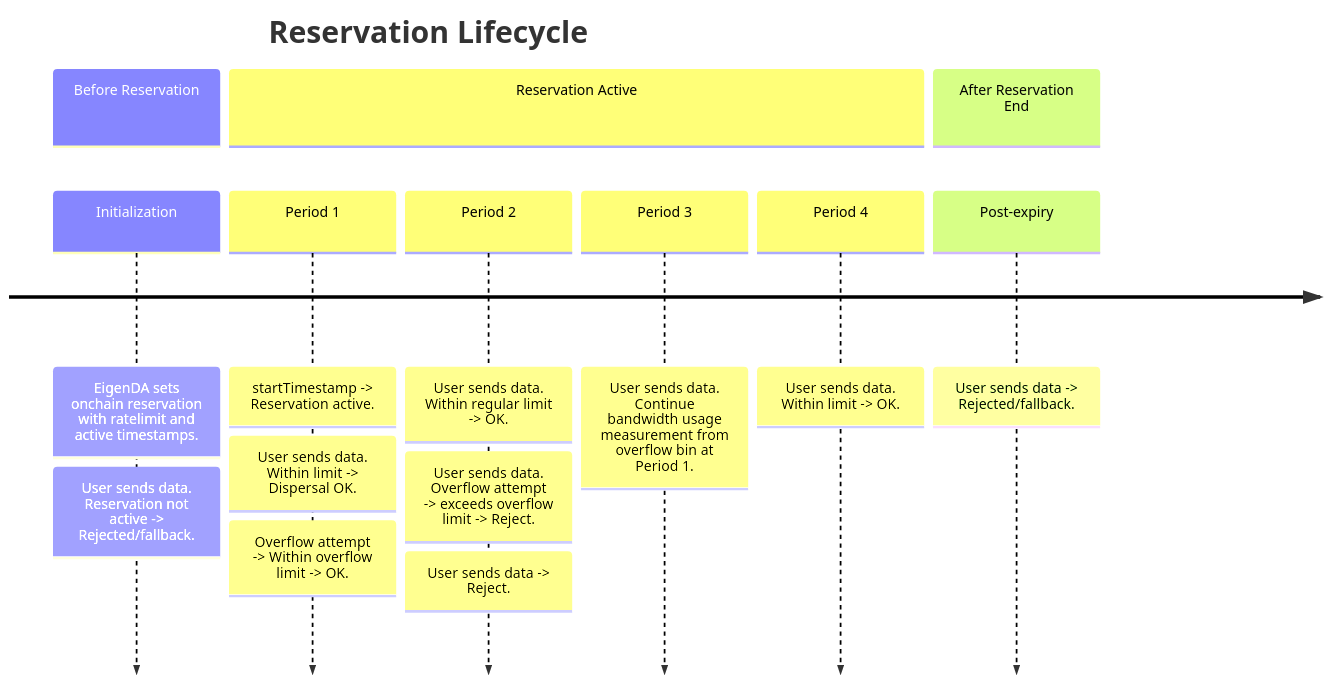
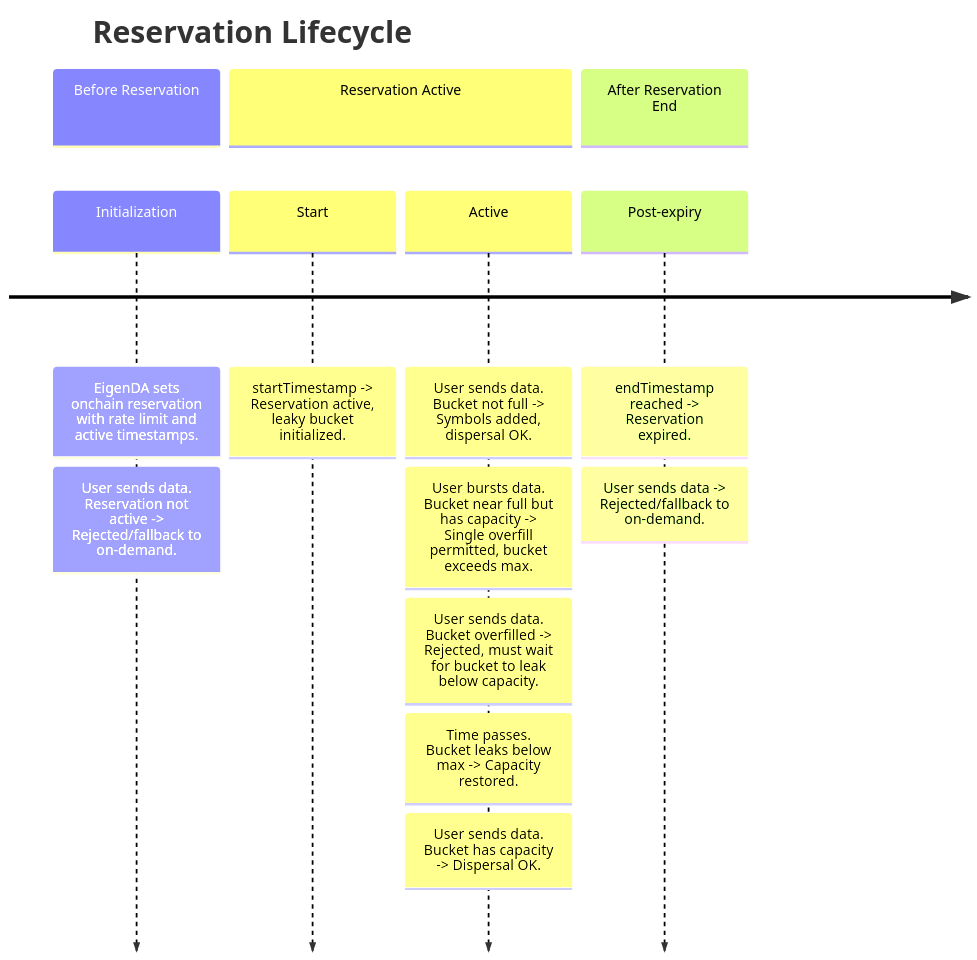
One commit to Layr-Labs/eigencloud-docs changed the first of 2 diagrams in docs/products/eigenda/core-concepts/payments.md. Above: the diagram before and after it, drawn with Mermaid. The commit also changed other lines of this file, not shown here.

````diff
--- a/docs/products/eigenda/core-concepts/payments.md
+++ b/docs/products/eigenda/core-concepts/payments.md
@@ -164,19 +211,17 @@
 ```mermaid
 timeline
 title Reservation Lifecycle
 section Before Reservation
-Initialization: EigenDA sets onchain reservation with ratelimit and active timestamps.
-: User sends data. Reservation not active -> Rejected/fallback.
+Initialization: EigenDA sets onchain reservation with rate limit and active timestamps.
+: User sends data. Reservation not active -> Rejected/fallback to on-demand.
 section Reservation Active
-Period 1    : startTimestamp -> Reservation active.
-                        : User sends data. Within limit -> Dispersal OK.
-                        : Overflow attempt -> Within overflow limit -> OK.
-Period 2    : User sends data. Within regular limit -> OK.
-            : User sends data. Overflow attempt -> exceeds overflow limit -> Reject.
-            : User sends data -> Reject.
-Period 3    : User sends data. Continue bandwidth usage measurement from overflow bin at Period 1.
-Period 4    : User sends data. Within limit -> OK.
+Start: startTimestamp -> Reservation active, leaky bucket initialized.
+Active: User sends data. Bucket not full -> Symbols added, dispersal OK.
+: User bursts data. Bucket near full but has capacity -> Single overfill permitted, bucket exceeds max.
+: User sends data. Bucket overfilled -> Rejected, must wait for bucket to leak below capacity.
+: Time passes. Bucket leaks below max -> Capacity restored.
+: User sends data. Bucket has capacity -> Dispersal OK.
 section After Reservation End
- Post-expiry
- : User sends data -> Rejected/fallback.
+Post-expiry: endTimestamp reached -> Reservation expired.
+: User sends data -> Rejected/fallback to on-demand.
 ```
````
